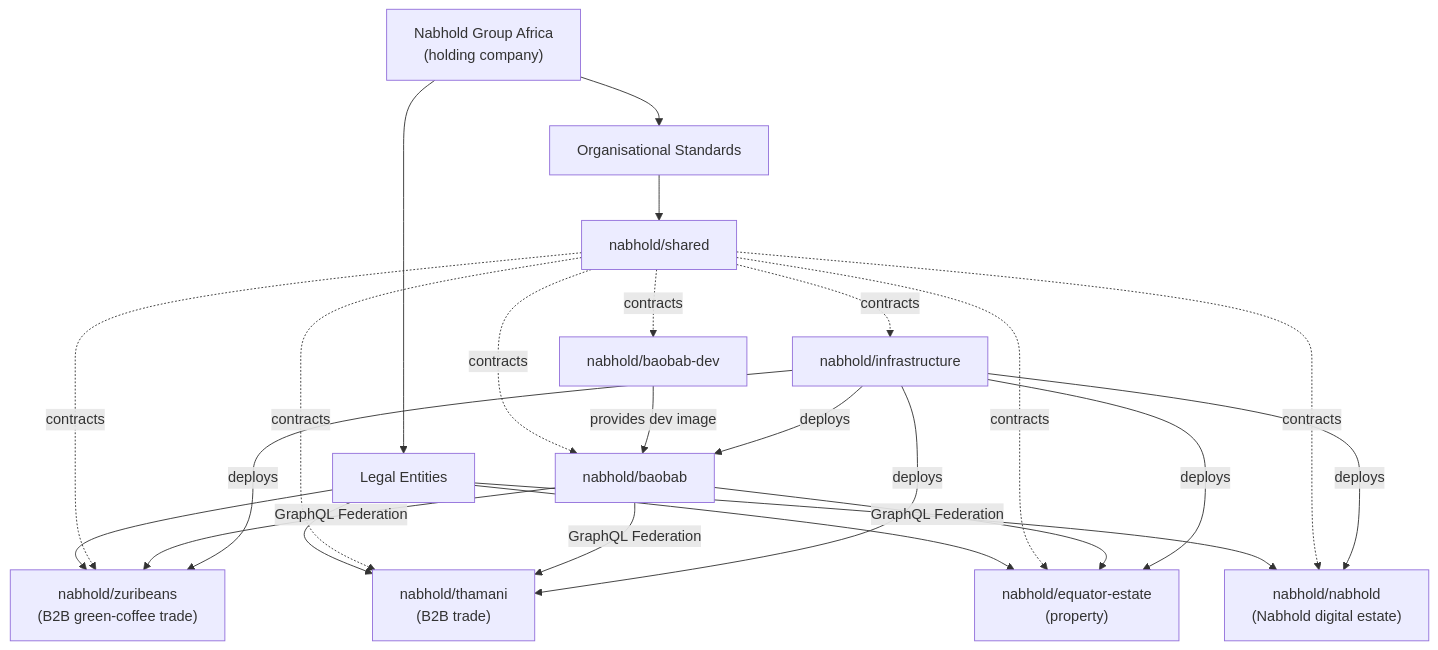
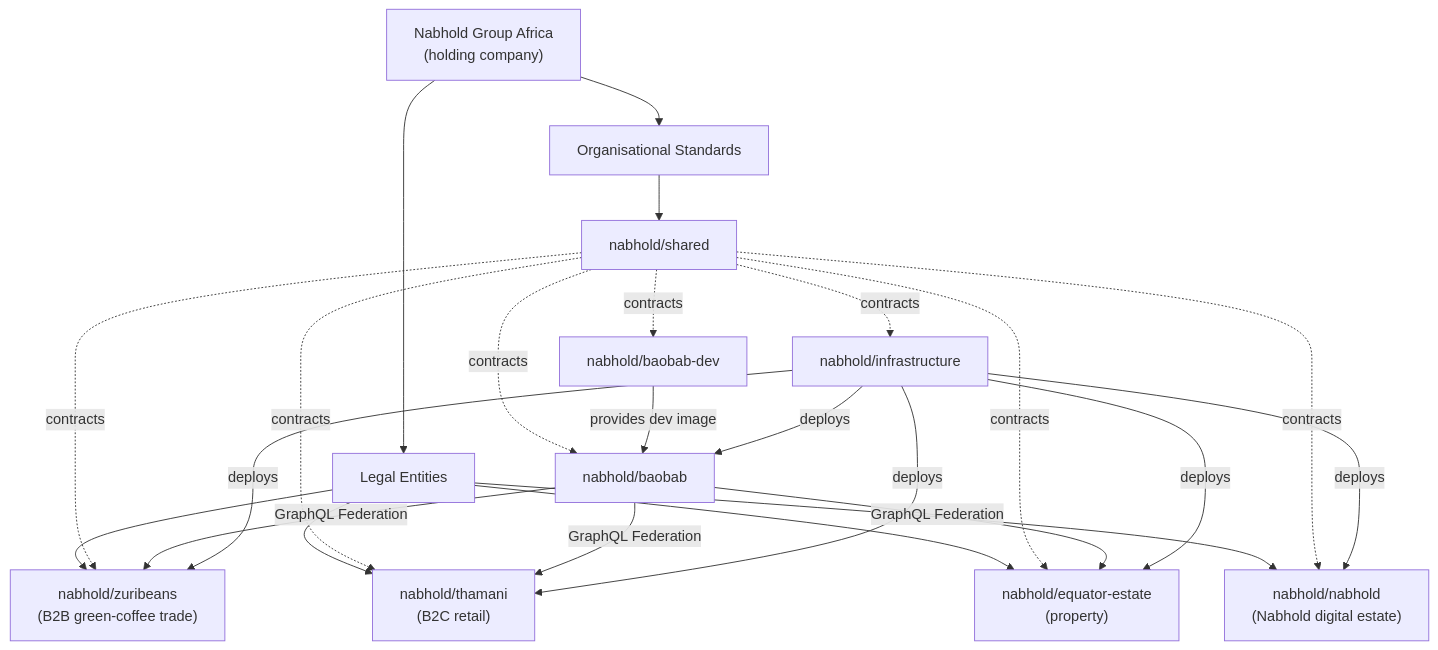
Before and after one commit to nabhold/shared: the first of 2 diagrams in docs/adr/ADR-0001-nabhold-digital-estate-architecture.md, drawn with Mermaid. The commit also changed other lines of this file and 12 other files, not shown here.

````diff
--- a/docs/adr/ADR-0001-nabhold-digital-estate-architecture.md
+++ b/docs/adr/ADR-0001-nabhold-digital-estate-architecture.md
@@ -50,31 +50,31 @@
 ```mermaid
 flowchart TB
     NGA["Nabhold Group Africa<br/>(holding company)"]
     NGA --> STD["Organisational Standards"]
     NGA --> ENT["Legal Entities"]
 
     STD --> SHARED["nabhold/shared"]
 
     ENT --> NAB["nabhold/nabhold<br/>(Nabhold digital estate)"]
     ENT --> ZUR["nabhold/zuribeans<br/>(B2B green-coffee trade)"]
-    ENT --> THA["nabhold/thamani<br/>(B2B trade)"]
+    ENT --> THA["nabhold/thamani<br/>(B2C retail)"]
     ENT --> EQE["nabhold/equator-estate<br/>(property)"]
 
     SHARED -. contracts .-> BDEV["nabhold/baobab-dev"]
     SHARED -. contracts .-> BAO["nabhold/baobab"]
     SHARED -. contracts .-> INFRA["nabhold/infrastructure"]
     SHARED -. contracts .-> ZUR
     SHARED -. contracts .-> THA
     SHARED -. contracts .-> EQE
     SHARED -. contracts .-> NAB
 
     BDEV -->|provides dev image| BAO
     BAO -->|GraphQL Federation| ZUR
     BAO -->|GraphQL Federation| THA
     BAO -->|GraphQL Federation| EQE
     INFRA -->|deploys| BAO
     INFRA -->|deploys| ZUR
     INFRA -->|deploys| THA
     INFRA -->|deploys| EQE
     INFRA -->|deploys| NAB
 ```
````
